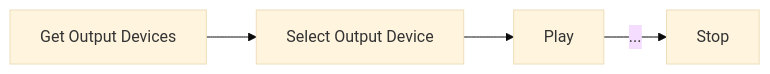
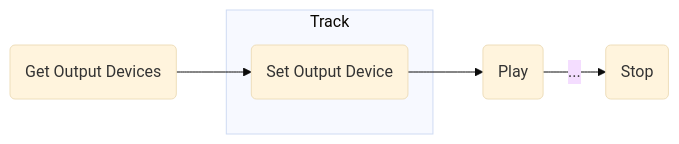
Before and after one commit to aidan-clyens/miniaudioengine: the fifth of 22 diagrams in docs/DESIGN_DOC.md, drawn with Mermaid (base theme). The commit also changed other lines of this file and 1 other file, not shown here.

````diff
--- a/docs/DESIGN_DOC.md
+++ b/docs/DESIGN_DOC.md
@@ -181,12 +191,16 @@
 ```mermaid
 flowchart LR
 
-    Step1["Get Output Devices"]
-    Step2["Select Output Device"]
-    Step3["Play"]
-    Step4["Stop"]
+    getOutputDevices("Get Output Devices")
 
-    Step1 --> Step2
-    Step2 --> Step3
-    Step3 -->|...| Step4
+    subgraph Track
+        selectOutputDevice("Set Output Device")
+    end
+
+    play("Play")
+    stop("Stop")
+
+    getOutputDevices --> selectOutputDevice
+    selectOutputDevice --> play
+    play -->|...| stop
 ```
````
